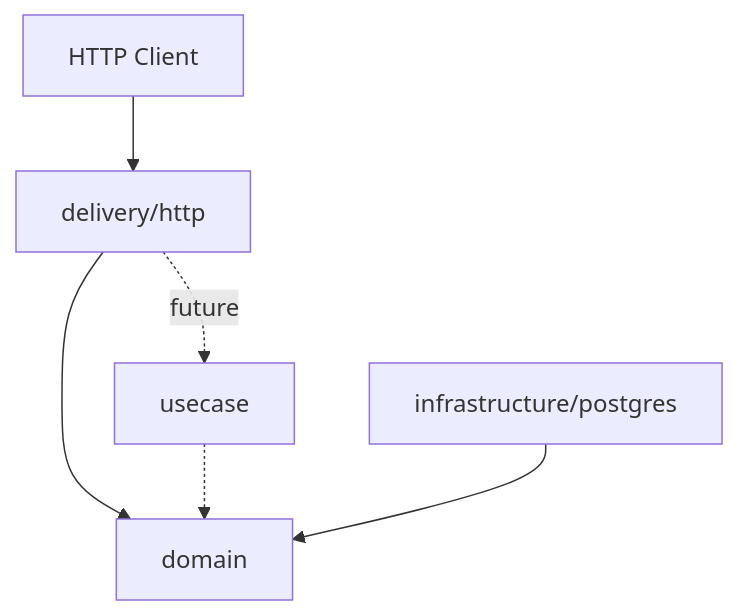
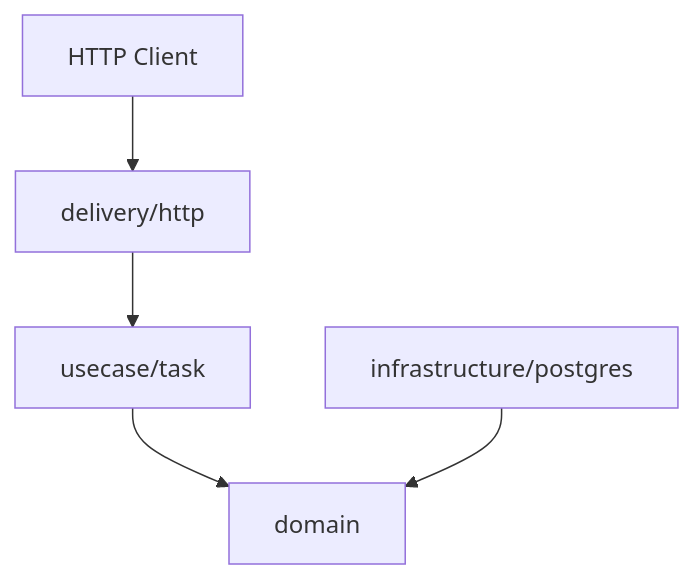
The diagram in README.md (MahdiFirouz2002/golang-todo-service), drawn with Mermaid before and after one commit. The commit also changed other lines of this file and 8 other files, not shown here.

First line of the commit message:
Add RESTful task CRUD API with use case layer.

````diff
--- a/README.md
+++ b/README.md
@@ -20,8 +21,7 @@
 ```mermaid
 flowchart TB
   Client[HTTP Client] --> Delivery[delivery/http]
-  Delivery --> Domain[domain]
-  Delivery -.->|future| UseCase[usecase]
-  UseCase -.-> Domain
+  Delivery --> UseCase[usecase/task]
+  UseCase --> Domain[domain]
   Postgres[infrastructure/postgres] --> Domain
 ```
````
